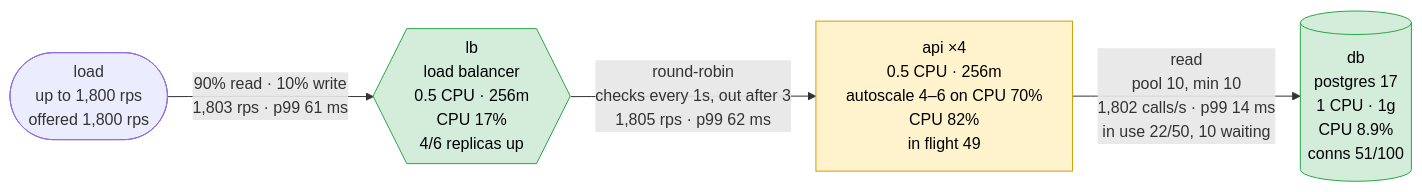
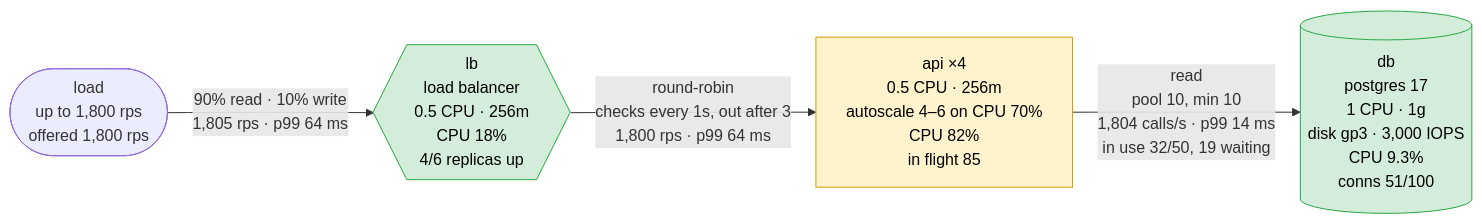
One commit to akinfemi/load-lore changed the first of 5 diagrams in scenarios/featured-on-hacker-news/solutions/headroom/report.md. Above: the diagram before and after it, drawn with Mermaid. The commit also changed other lines of this file and 125 other files, not shown here.

````diff
--- a/scenarios/featured-on-hacker-news/solutions/headroom/report.md
+++ b/scenarios/featured-on-hacker-news/solutions/headroom/report.md
@@ -17,15 +17,15 @@
 ```mermaid
 flowchart LR
     load(["load<br/>up to 1,800 rps<br/>offered 1,800 rps"])
-    lb{{"lb<br/>load balancer<br/>0.5 CPU · 256m<br/>CPU 17%<br/>4/6 replicas up"}}
-    api["api ×4<br/>0.5 CPU · 256m<br/>autoscale 4–6 on CPU 70%<br/>CPU 82%<br/>in flight 49"]
-    db[("db<br/>postgres 17<br/>1 CPU · 1g<br/>CPU 8.9%<br/>conns 51/100")]
-    load -->|"90% read · 10% write<br/>1,803 rps · p99 61 ms"| lb
-    lb -->|"round-robin<br/>checks every 1s, out after 3<br/>1,805 rps · p99 62 ms"| api
-    api -->|"read<br/>pool 10, min 10<br/>1,802 calls/s · p99 14 ms<br/>in use 22/50, 10 waiting"| db
+    lb{{"lb<br/>load balancer<br/>0.5 CPU · 256m<br/>CPU 18%<br/>4/6 replicas up"}}
+    api["api ×4<br/>0.5 CPU · 256m<br/>autoscale 4–6 on CPU 70%<br/>CPU 82%<br/>in flight 85"]
+    db[("db<br/>postgres 17<br/>1 CPU · 1g<br/>disk gp3 · 3,000 IOPS<br/>CPU 9.3%<br/>conns 51/100")]
+    load -->|"90% read · 10% write<br/>1,805 rps · p99 64 ms"| lb
+    lb -->|"round-robin<br/>checks every 1s, out after 3<br/>1,800 rps · p99 64 ms"| api
+    api -->|"read<br/>pool 10, min 10<br/>1,804 calls/s · p99 14 ms<br/>in use 32/50, 19 waiting"| db
     classDef ok fill:#d4edda,stroke:#28a745,color:#000
     classDef warm fill:#fff3cd,stroke:#d39e00,color:#000
     classDef hot fill:#f8d7da,stroke:#dc3545,color:#000
     class lb,db ok
     class api warm
 ```
````
